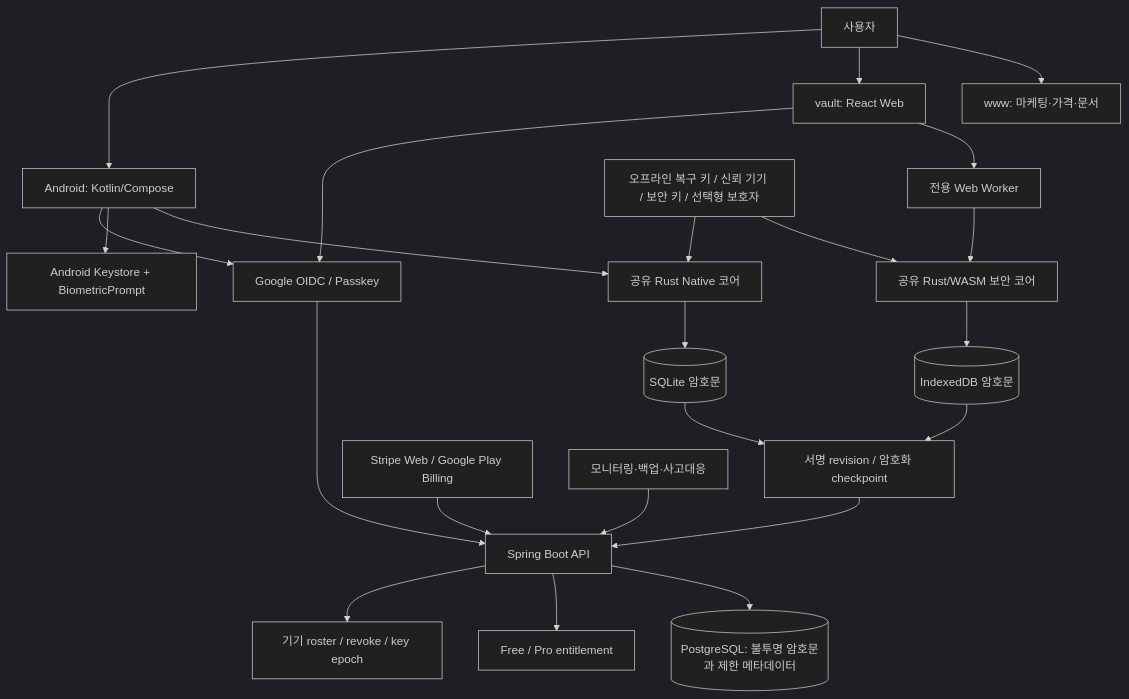
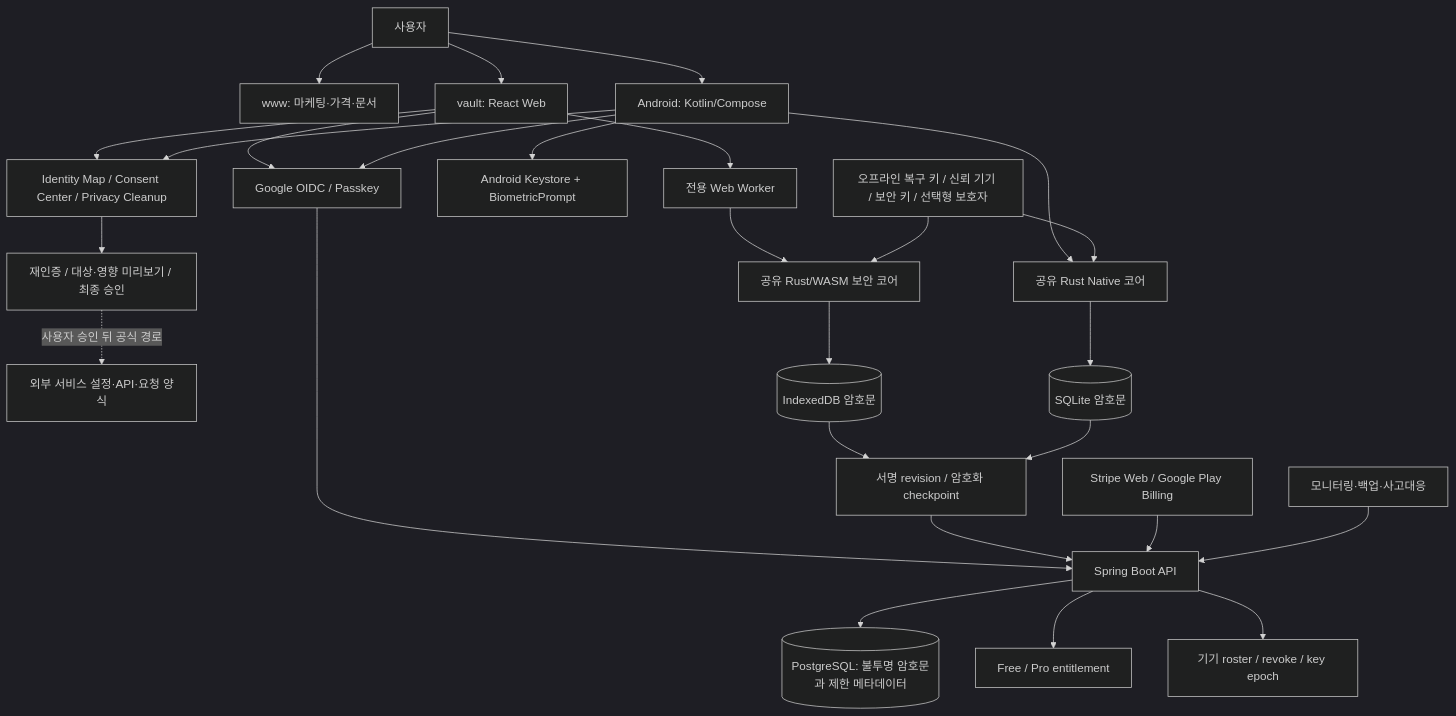
The diagram in docs/handoff/KEYATLAS_ZERO_TO_PUBLIC_SERVICE_CHECKLIST_2026-09-18.md (kjs844-art/secure-vault), drawn with Mermaid (dark theme) before and after one commit. The commit also changed other lines of this file and 1 other file, not shown here.

````diff
--- a/docs/handoff/KEYATLAS_ZERO_TO_PUBLIC_SERVICE_CHECKLIST_2026-09-18.md
+++ b/docs/handoff/KEYATLAS_ZERO_TO_PUBLIC_SERVICE_CHECKLIST_2026-09-18.md
@@ -90,32 +304,37 @@
 ```mermaid
 flowchart TD
     U[사용자] --> MKT[www: 마케팅·가격·문서]
     U --> WEB[vault: React Web]
     U --> AND[Android: Kotlin/Compose]
+
+    WEB --> PRIV[Identity Map / Consent Center / Privacy Cleanup]
+    AND --> PRIV
+    PRIV --> APPROVE[재인증 / 대상·영향 미리보기 / 최종 승인]
+    APPROVE -.사용자 승인 뒤 공식 경로.-> EXT[외부 서비스 설정·API·요청 양식]
 
     WEB --> WW[전용 Web Worker]
     WW --> WASM[공유 Rust/WASM 보안 코어]
     AND --> NATIVE[공유 Rust Native 코어]
     AND --> KS[Android Keystore + BiometricPrompt]
 
     WASM --> IDB[(IndexedDB 암호문)]
     NATIVE --> SQL[(SQLite 암호문)]
 
     WEB --> AUTH[Google OIDC / Passkey]
     AND --> AUTH
     AUTH --> API[Spring Boot API]
 
     IDB --> SYNC[서명 revision / 암호화 checkpoint]
     SQL --> SYNC
     SYNC --> API
     API --> PG[(PostgreSQL: 불투명 암호문과 제한 메타데이터)]
 
     BILL[Stripe Web / Google Play Billing] --> API
     API --> ENT[Free / Pro entitlement]
     API --> DEV[기기 roster / revoke / key epoch]
 
     REC[오프라인 복구 키 / 신뢰 기기 / 보안 키 / 선택형 보호자] --> WASM
     REC --> NATIVE
 
     OPS[모니터링·백업·사고대응] --> API
 ```
````
